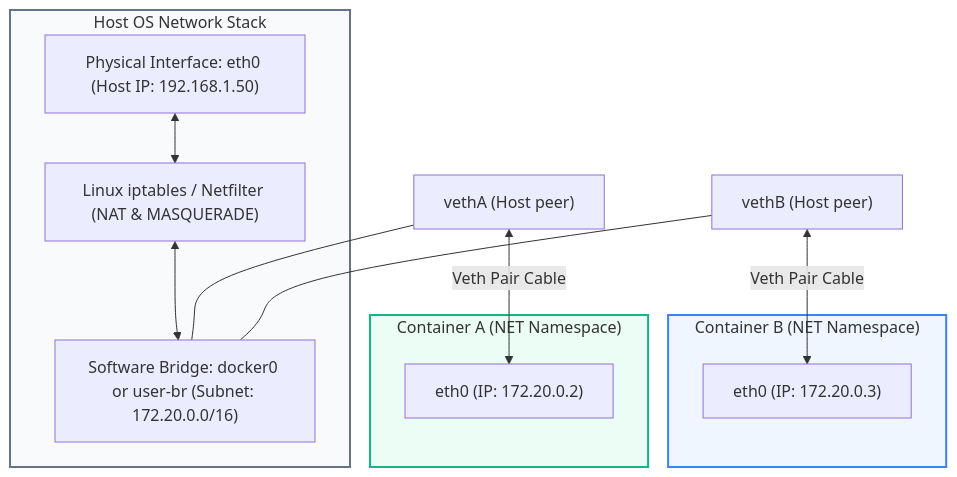
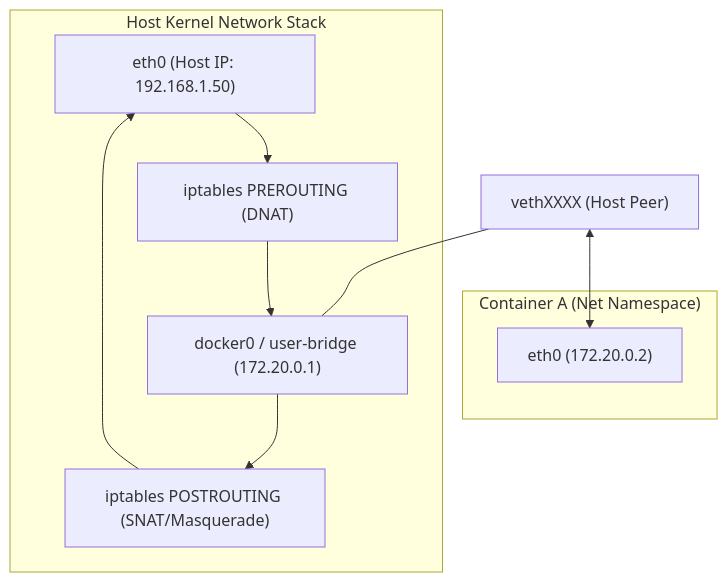
Before and after one commit to PandeyKishan/Study-Notes: the first of 2 diagrams in 01-Docker/03-Networking-Volumes-and-Compose.md, drawn with Mermaid. The commit also changed other lines of this file and 38 other files, not shown here.

````diff
--- a/01-Docker/03-Networking-Volumes-and-Compose.md
+++ b/01-Docker/03-Networking-Volumes-and-Compose.md
@@ -12,29 +12,21 @@
 ```mermaid
 flowchart TD
-    subgraph Host_System["Host OS Network Stack"]
-        Eth0["Physical Interface: eth0 (Host IP: 192.168.1.50)"]
-        Docker0["Software Bridge: docker0 or user-br (Subnet: 172.20.0.0/16)"]
-        IPTables["Linux iptables / Netfilter (NAT & MASQUERADE)"]
+    subgraph Host["Host Kernel Network Stack"]
+        Eth0["eth0 (Host IP: 192.168.1.50)"]
+        IPTables_PRE["iptables PREROUTING (DNAT)"]
+        IPTables_POST["iptables POSTROUTING (SNAT/Masquerade)"]
+        Bridge["docker0 / user-bridge (172.20.0.1)"]
         
-        Eth0 <--> IPTables
-        IPTables <--> Docker0
+        Eth0 --> IPTables_PRE
+        IPTables_PRE --> Bridge
+        Bridge --> IPTables_POST
+        IPTables_POST --> Eth0
     end
 
-    subgraph Container_A["Container A (NET Namespace)"]
-        EthA["eth0 (IP: 172.20.0.2)"]
+    subgraph ContA["Container A (Net Namespace)"]
+        EthA["eth0 (172.20.0.2)"]
     end
 
-    subgraph Container_B["Container B (NET Namespace)"]
-        EthB["eth0 (IP: 172.20.0.3)"]
-    end
-
-    VethA["vethA (Host peer)"] <-->|Veth Pair Cable| EthA
-    VethB["vethB (Host peer)"] <-->|Veth Pair Cable| EthB
-
-    VethA --- Docker0
-    VethB --- Docker0
-
-    style Host_System fill:#f8fafc,stroke:#64748b,stroke-width:2px
-    style Container_A fill:#ecfdf5,stroke:#10b981,stroke-width:2px
-    style Container_B fill:#eff6ff,stroke:#3b82f6,stroke-width:2px
+    VethA["vethXXXX (Host Peer)"] <--> EthA
+    VethA --- Bridge
 ```
````
